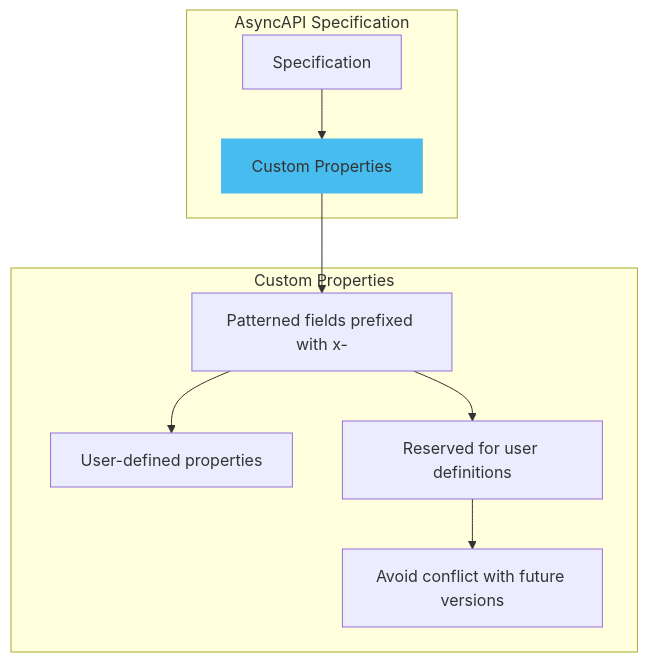
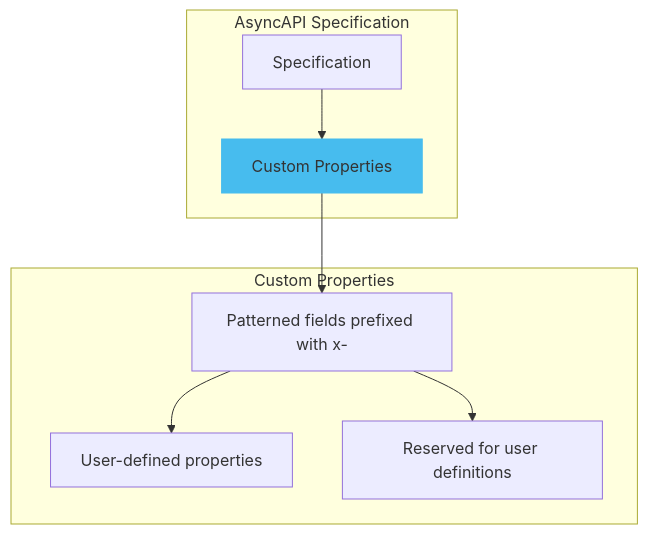
One commit to asyncapi/website changed the first of 3 diagrams in pages/docs/concepts/asyncapi-document/extending-specification.md. Above: the diagram before and after it, drawn with Mermaid. The commit also changed other lines of this file, not shown here.

````diff
--- a/pages/docs/concepts/asyncapi-document/extending-specification.md
+++ b/pages/docs/concepts/asyncapi-document/extending-specification.md
@@ -16,13 +18,12 @@
 ```mermaid
 flowchart TD
     subgraph "AsyncAPI Specification"
         A[Specification] --> B[Custom Properties]
     end
     style B fill:#47BCEE,stroke:#47BCEE;
     subgraph "Custom Properties" 
         B --> C[Patterned fields prefixed with x-]
         C --> D[User-defined properties]
         C --> E[Reserved for user definitions]
-        E --> F[Avoid conflict with future versions]
     end
 ```
````
